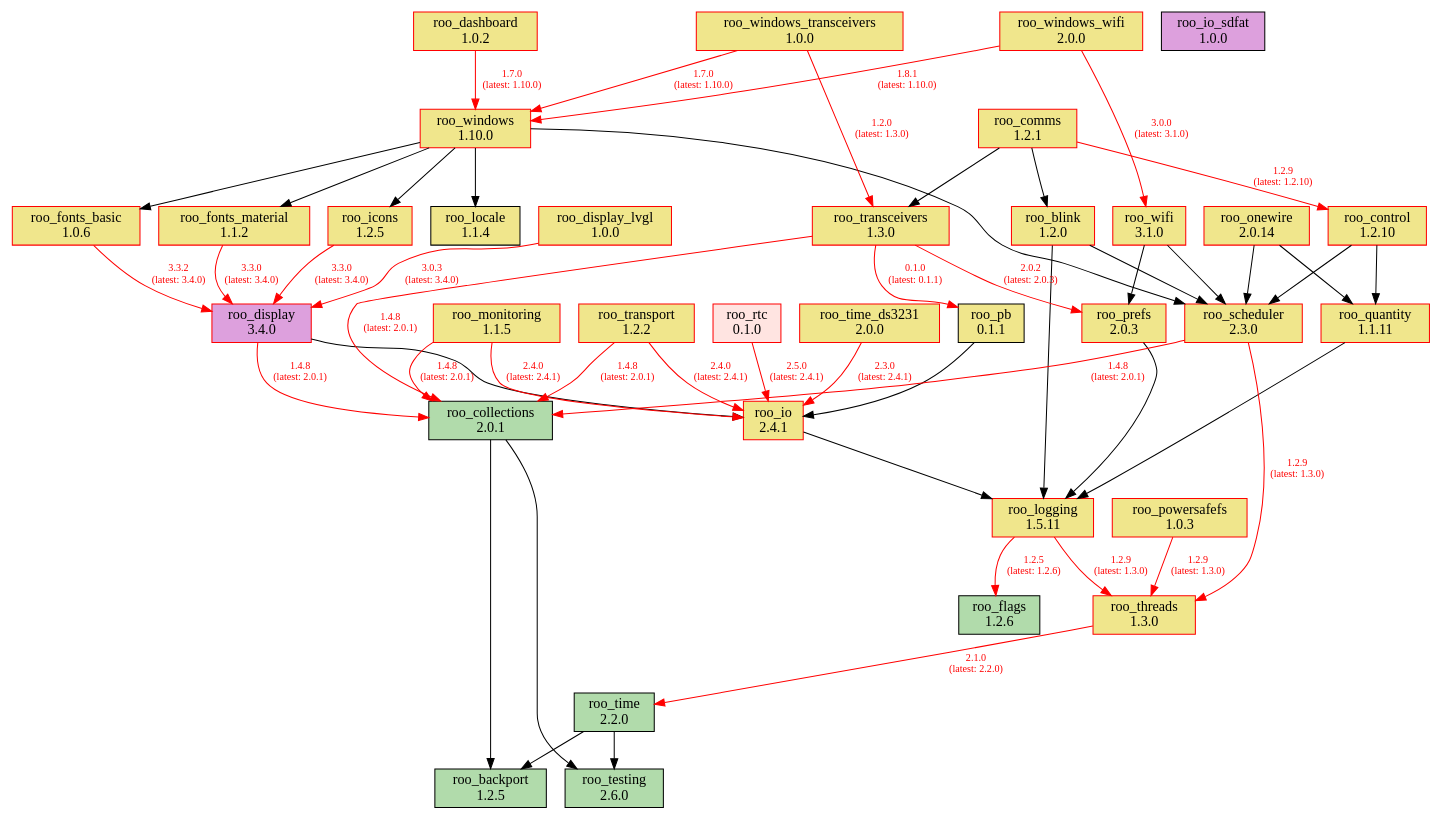
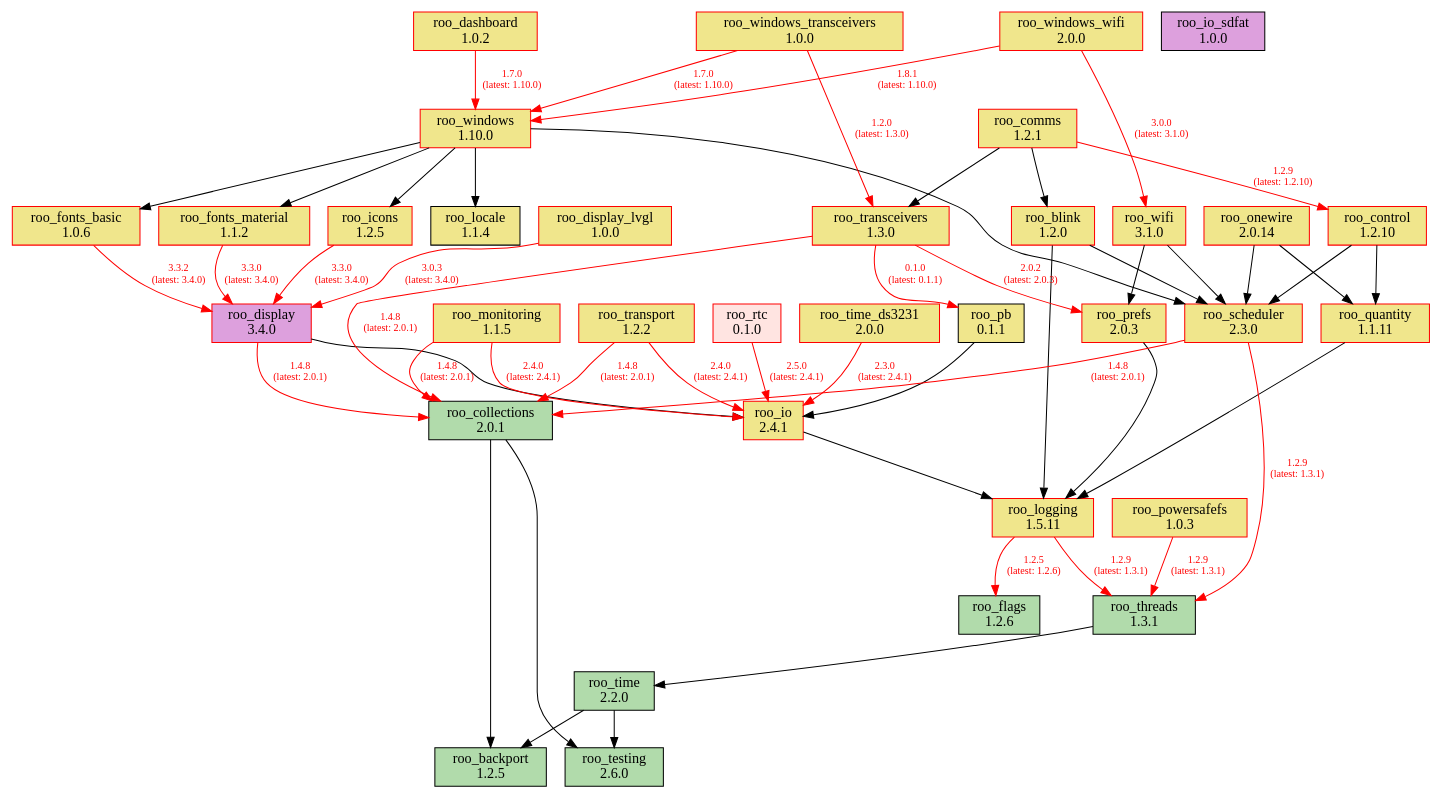
Before and after one commit to dejwk/roo-registry: the diagram in doc/dependencies.dot, drawn with Graphviz. The commit also changed 3 other files, not shown here.

Commit message:
Added roo_threads 1.3.1 to the registry.

```diff
--- a/doc/dependencies.dot
+++ b/doc/dependencies.dot
@@ -1,93 +1,93 @@
 digraph dependencies {
     rankdir=TB;
     node [shape=box, style=filled];
     edge [fontsize=10];
 
     // Modules
     "roo_backport" [label="roo_backport\n1.2.5", fillcolor="#b1dbab", color="black"];
     "roo_blink" [label="roo_blink\n1.2.0", fillcolor="khaki", color="red"];
     "roo_collections" [label="roo_collections\n2.0.1", fillcolor="#b1dbab", color="black"];
     "roo_comms" [label="roo_comms\n1.2.1", fillcolor="khaki", color="red"];
     "roo_control" [label="roo_control\n1.2.10", fillcolor="khaki", color="red"];
     "roo_dashboard" [label="roo_dashboard\n1.0.2", fillcolor="khaki", color="red"];
     "roo_display" [label="roo_display\n3.4.0", fillcolor="plum", color="red"];
     "roo_display_lvgl" [label="roo_display_lvgl\n1.0.0", fillcolor="khaki", color="red"];
     "roo_flags" [label="roo_flags\n1.2.6", fillcolor="#b1dbab", color="black"];
     "roo_fonts_basic" [label="roo_fonts_basic\n1.0.6", fillcolor="khaki", color="red"];
     "roo_fonts_material" [label="roo_fonts_material\n1.1.2", fillcolor="khaki", color="red"];
     "roo_icons" [label="roo_icons\n1.2.5", fillcolor="khaki", color="red"];
     "roo_io" [label="roo_io\n2.4.1", fillcolor="khaki", color="red"];
     "roo_io_sdfat" [label="roo_io_sdfat\n1.0.0", fillcolor="plum", color="black"];
     "roo_locale" [label="roo_locale\n1.1.4", fillcolor="khaki", color="black"];
     "roo_logging" [label="roo_logging\n1.5.11", fillcolor="khaki", color="red"];
     "roo_monitoring" [label="roo_monitoring\n1.1.5", fillcolor="khaki", color="red"];
     "roo_onewire" [label="roo_onewire\n2.0.14", fillcolor="khaki", color="red"];
     "roo_pb" [label="roo_pb\n0.1.1", fillcolor="khaki", color="black"];
     "roo_powersafefs" [label="roo_powersafefs\n1.0.3", fillcolor="khaki", color="red"];
     "roo_prefs" [label="roo_prefs\n2.0.3", fillcolor="khaki", color="red"];
     "roo_quantity" [label="roo_quantity\n1.1.11", fillcolor="khaki", color="red"];
     "roo_rtc" [label="roo_rtc\n0.1.0", fillcolor="mistyrose", color="red"];
     "roo_scheduler" [label="roo_scheduler\n2.3.0", fillcolor="khaki", color="red"];
     "roo_testing" [label="roo_testing\n2.6.0", fillcolor="#b1dbab", color="black"];
-    "roo_threads" [label="roo_threads\n1.3.0", fillcolor="khaki", color="red"];
+    "roo_threads" [label="roo_threads\n1.3.1", fillcolor="#b1dbab", color="black"];
     "roo_time" [label="roo_time\n2.2.0", fillcolor="#b1dbab", color="black"];
     "roo_time_ds3231" [label="roo_time_ds3231\n2.0.0", fillcolor="khaki", color="red"];
     "roo_transceivers" [label="roo_transceivers\n1.3.0", fillcolor="khaki", color="red"];
     "roo_transport" [label="roo_transport\n1.2.2", fillcolor="khaki", color="red"];
     "roo_wifi" [label="roo_wifi\n3.1.0", fillcolor="khaki", color="red"];
     "roo_windows" [label="roo_windows\n1.10.0", fillcolor="khaki", color="red"];
     "roo_windows_transceivers" [label="roo_windows_transceivers\n1.0.0", fillcolor="khaki", color="red"];
     "roo_windows_wifi" [label="roo_windows_wifi\n2.0.0", fillcolor="khaki", color="red"];
 
     // Dependencies
     "roo_blink" -> "roo_logging";
     "roo_blink" -> "roo_scheduler";
     "roo_collections" -> "roo_testing";
     "roo_collections" -> "roo_backport";
     "roo_comms" -> "roo_blink";
     "roo_comms" -> "roo_control" [color=red, fontcolor=red, label="1.2.9\n(latest: 1.2.10)"];
     "roo_comms" -> "roo_transceivers";
     "roo_control" -> "roo_quantity";
     "roo_control" -> "roo_scheduler";
     "roo_dashboard" -> "roo_windows" [color=red, fontcolor=red, label="1.7.0\n(latest: 1.10.0)"];
     "roo_display" -> "roo_collections" [color=red, fontcolor=red, label="1.4.8\n(latest: 2.0.1)"];
     "roo_display" -> "roo_io";
     "roo_display_lvgl" -> "roo_display" [color=red, fontcolor=red, label="3.0.3\n(latest: 3.4.0)"];
     "roo_fonts_basic" -> "roo_display" [color=red, fontcolor=red, label="3.3.2\n(latest: 3.4.0)"];
     "roo_fonts_material" -> "roo_display" [color=red, fontcolor=red, label="3.3.0\n(latest: 3.4.0)"];
     "roo_icons" -> "roo_display" [color=red, fontcolor=red, label="3.3.0\n(latest: 3.4.0)"];
     "roo_io" -> "roo_logging";
     "roo_logging" -> "roo_flags" [color=red, fontcolor=red, label="1.2.5\n(latest: 1.2.6)"];
-    "roo_logging" -> "roo_threads" [color=red, fontcolor=red, label="1.2.9\n(latest: 1.3.0)"];
+    "roo_logging" -> "roo_threads" [color=red, fontcolor=red, label="1.2.9\n(latest: 1.3.1)"];
     "roo_monitoring" -> "roo_collections" [color=red, fontcolor=red, label="1.4.8\n(latest: 2.0.1)"];
     "roo_monitoring" -> "roo_io" [color=red, fontcolor=red, label="2.4.0\n(latest: 2.4.1)"];
     "roo_onewire" -> "roo_scheduler";
     "roo_onewire" -> "roo_quantity";
     "roo_pb" -> "roo_io";
-    "roo_powersafefs" -> "roo_threads" [color=red, fontcolor=red, label="1.2.9\n(latest: 1.3.0)"];
+    "roo_powersafefs" -> "roo_threads" [color=red, fontcolor=red, label="1.2.9\n(latest: 1.3.1)"];
     "roo_prefs" -> "roo_logging";
     "roo_quantity" -> "roo_logging";
     "roo_rtc" -> "roo_io" [color=red, fontcolor=red, label="2.5.0\n(latest: 2.4.1)"];
     "roo_scheduler" -> "roo_collections" [color=red, fontcolor=red, label="1.4.8\n(latest: 2.0.1)"];
-    "roo_scheduler" -> "roo_threads" [color=red, fontcolor=red, label="1.2.9\n(latest: 1.3.0)"];
-    "roo_threads" -> "roo_time" [color=red, fontcolor=red, label="2.1.0\n(latest: 2.2.0)"];
+    "roo_scheduler" -> "roo_threads" [color=red, fontcolor=red, label="1.2.9\n(latest: 1.3.1)"];
+    "roo_threads" -> "roo_time";
     "roo_time" -> "roo_testing";
     "roo_time" -> "roo_backport";
     "roo_time_ds3231" -> "roo_io" [color=red, fontcolor=red, label="2.3.0\n(latest: 2.4.1)"];
     "roo_transceivers" -> "roo_pb" [color=red, fontcolor=red, label="0.1.0\n(latest: 0.1.1)"];
     "roo_transceivers" -> "roo_collections" [color=red, fontcolor=red, label="1.4.8\n(latest: 2.0.1)"];
     "roo_transceivers" -> "roo_prefs" [color=red, fontcolor=red, label="2.0.2\n(latest: 2.0.3)"];
     "roo_transport" -> "roo_collections" [color=red, fontcolor=red, label="1.4.8\n(latest: 2.0.1)"];
     "roo_transport" -> "roo_io" [color=red, fontcolor=red, label="2.4.0\n(latest: 2.4.1)"];
     "roo_wifi" -> "roo_prefs";
     "roo_wifi" -> "roo_scheduler";
     "roo_windows" -> "roo_fonts_basic";
     "roo_windows" -> "roo_fonts_material";
     "roo_windows" -> "roo_locale";
     "roo_windows" -> "roo_icons";
     "roo_windows" -> "roo_scheduler";
     "roo_windows_transceivers" -> "roo_transceivers" [color=red, fontcolor=red, label="1.2.0\n(latest: 1.3.0)"];
     "roo_windows_transceivers" -> "roo_windows" [color=red, fontcolor=red, label="1.7.0\n(latest: 1.10.0)"];
     "roo_windows_wifi" -> "roo_wifi" [color=red, fontcolor=red, label="3.0.0\n(latest: 3.1.0)"];
     "roo_windows_wifi" -> "roo_windows" [color=red, fontcolor=red, label="1.8.1\n(latest: 1.10.0)"];
 }
```
